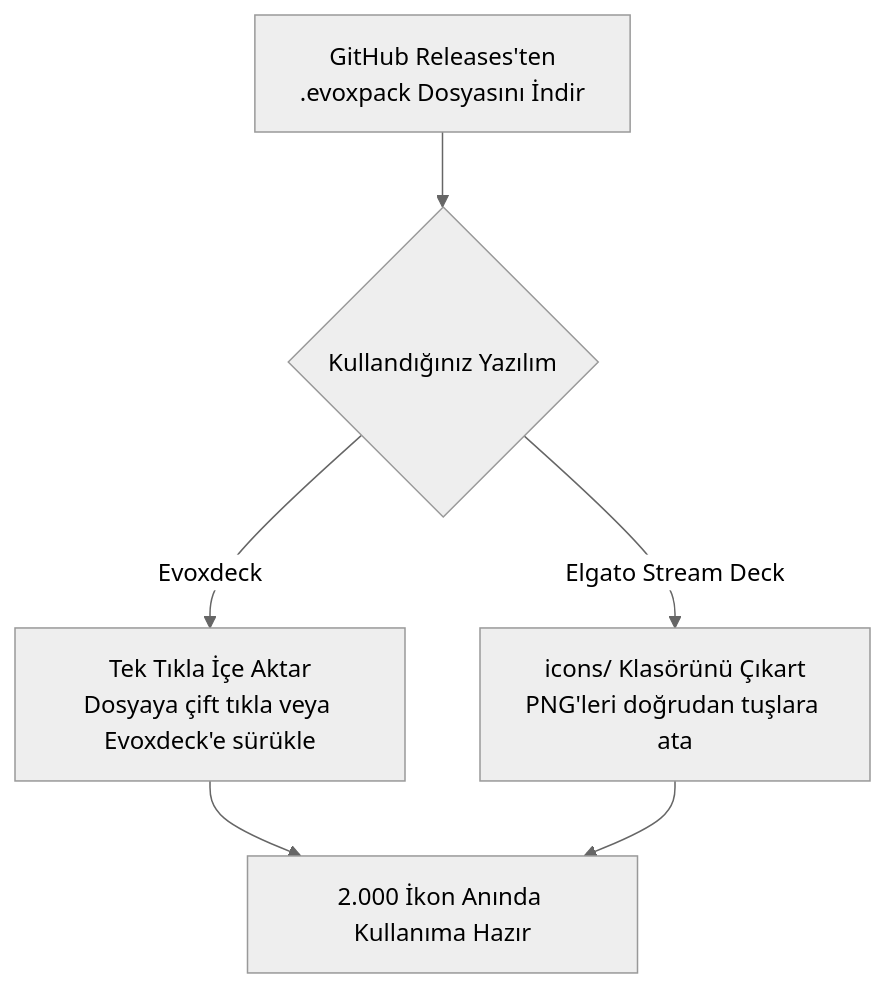
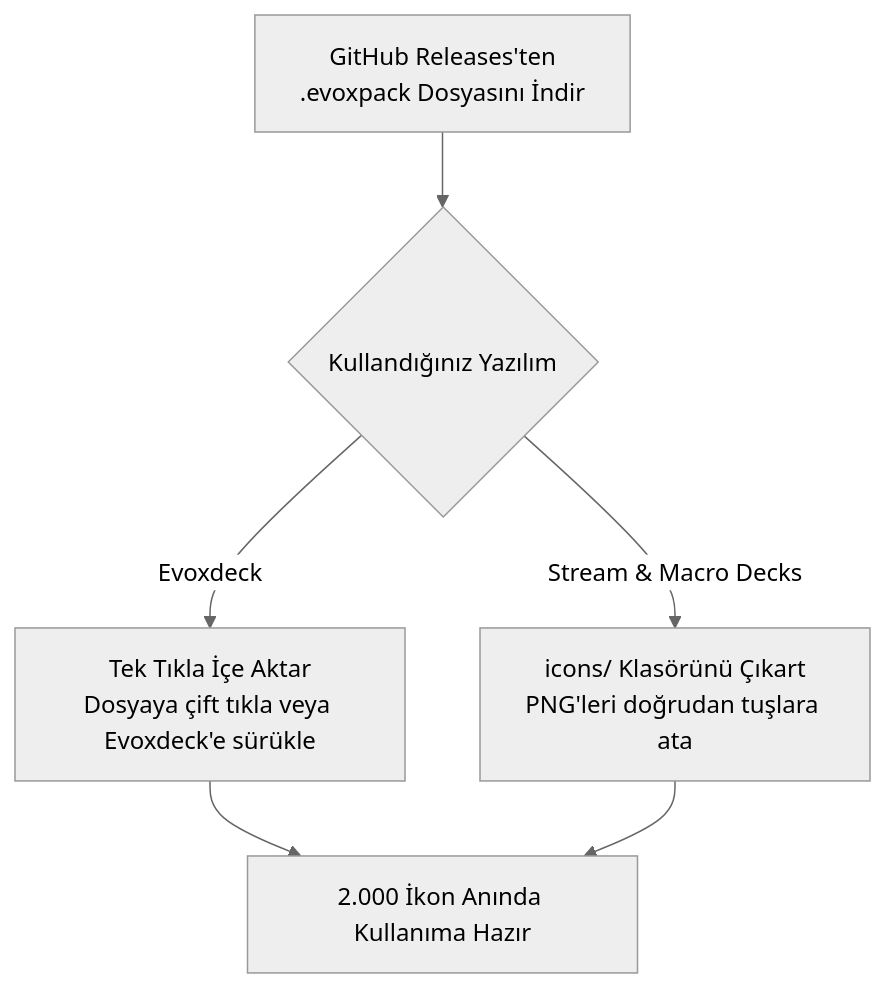
One commit to hfatih/kawaii-icons-pack-2 changed the diagram in README.tr.md. Above: the diagram before and after it, drawn with Mermaid (neutral theme). The commit also changed other lines of this file and 16 other files, not shown here.

````diff
--- a/README.tr.md
+++ b/README.tr.md
@@ -90,8 +90,8 @@
 ```mermaid
 flowchart TD
     A["GitHub Releases'ten<br/>.evoxpack Dosyasını İndir"] --> B{Kullandığınız Yazılım}
     B -->|"Evoxdeck"| C["Tek Tıkla İçe Aktar<br/>Dosyaya çift tıkla veya Evoxdeck'e sürükle"]
-    B -->|"Elgato Stream Deck"| D["icons/ Klasörünü Çıkart<br/>PNG'leri doğrudan tuşlara ata"]
+    B -->|"Stream & Macro Decks"| D["icons/ Klasörünü Çıkart<br/>PNG'leri doğrudan tuşlara ata"]
     C --> E["2.000 İkon Anında Kullanıma Hazır"]
     D --> E
 ```
````
